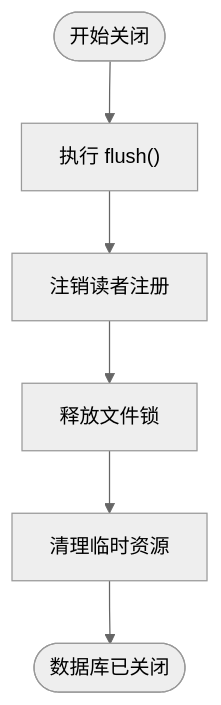
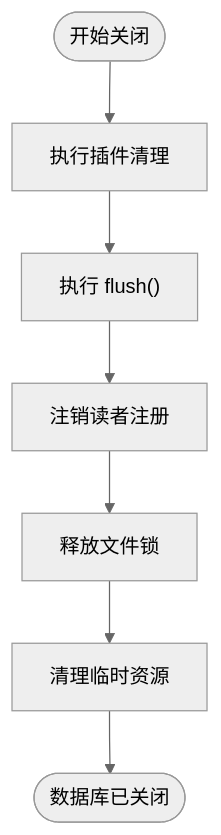
One commit to LuQing-Studio/nervusdb changed the third of 4 diagrams in .qoder/repowiki/zh/content/API 参考/数据库实例API/数据库实例API.md. Above: the diagram before and after it, drawn with Mermaid (neutral theme). The commit also changed other lines of this file and 50 other files, not shown here.

````diff
--- a/.qoder/repowiki/zh/content/API 参考/数据库实例API/数据库实例API.md
+++ b/.qoder/repowiki/zh/content/API 参考/数据库实例API/数据库实例API.md
@@ -128,8 +161,9 @@
 ```mermaid
 flowchart TD
-Start([开始关闭]) --> Flush["执行 flush()"]
+Start([开始关闭]) --> CleanupPlugins["执行插件清理"]
+CleanupPlugins --> Flush["执行 flush()"]
 Flush --> Unregister["注销读者注册"]
 Unregister --> Release["释放文件锁"]
 Release --> Cleanup["清理临时资源"]
 Cleanup --> End([数据库已关闭])
 ```
````
